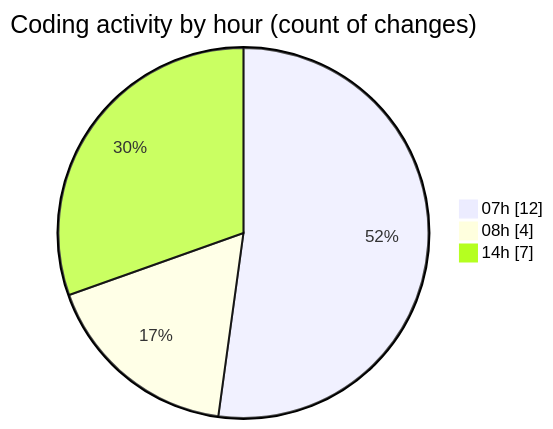
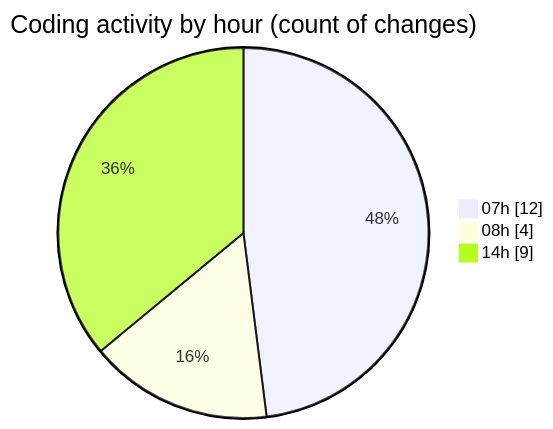
The second of 2 diagrams in 2025-01-09/mbc-web/README.md (robertbonfada/code-tracking), drawn with Mermaid before and after one commit. The commit also changed other lines of this file and 1 other file, not shown here.

````diff
--- a/2025-01-09/mbc-web/README.md
+++ b/2025-01-09/mbc-web/README.md
@@ -34,7 +36,7 @@
 ```mermaid
 pie showData
 title Coding activity by hour (count of changes)
 "07h" : 12
 "08h" : 4
-"14h" : 7
+"14h" : 9
 ```
````
